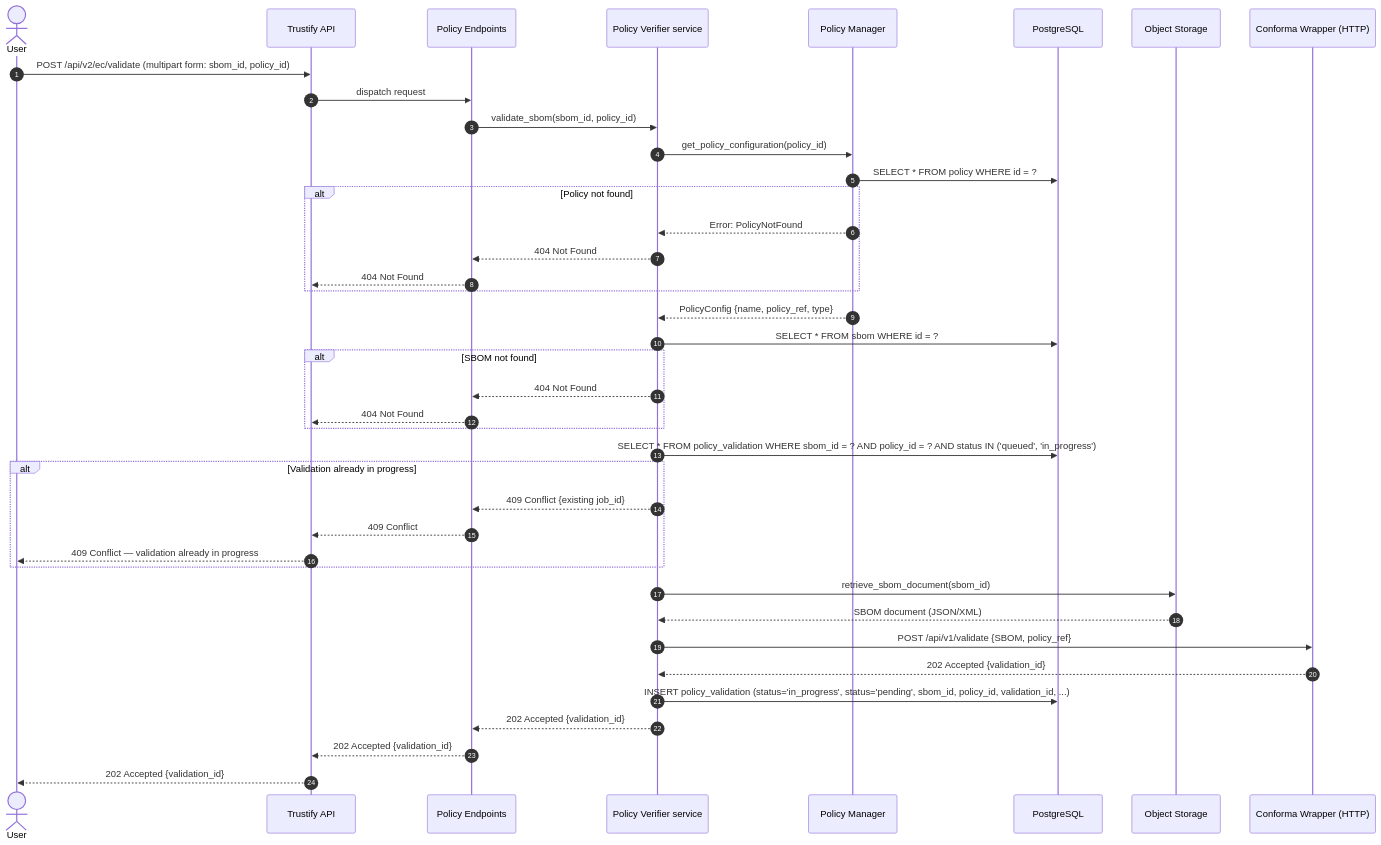
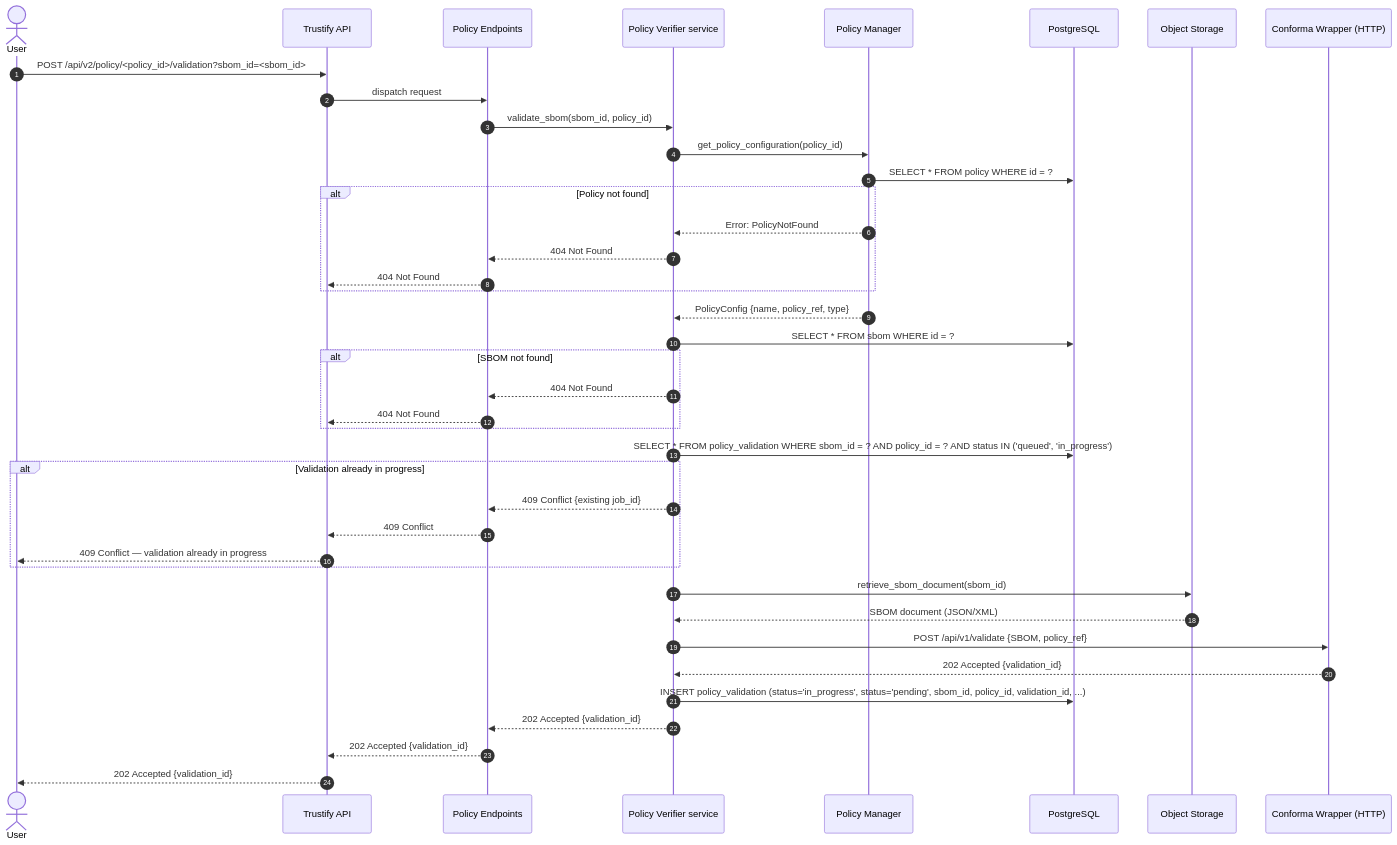
One commit to gildub/trustify changed the fifth of 6 diagrams in docs/adrs/00014-enterprise-contract-integration.md. Above: the diagram before and after it, drawn with Mermaid. The commit also changed other lines of this file, not shown here.

Commit message:
Validation is per policy id

````diff
--- a/docs/adrs/00014-enterprise-contract-integration.md
+++ b/docs/adrs/00014-enterprise-contract-integration.md
@@ -245,49 +245,49 @@
 ```mermaid
 sequenceDiagram
     autonumber
     actor User
     participant API as Trustify API
     participant EP as Policy Endpoints
     participant VS as Policy Verifier service
     participant PM as Policy Manager
     participant DB as PostgreSQL
     participant S3 as Object Storage
     participant Wrapper as Conforma Wrapper (HTTP)
 
-    User->>API: POST /api/v2/ec/validate (multipart form: sbom_id, policy_id)
+    User->>API: POST /api/v2/policy/<policy_id>/validation?sbom_id=<sbom_id>
     API->>EP: dispatch request
     EP->>VS: validate_sbom(sbom_id, policy_id)
 
     VS->>PM: get_policy_configuration(policy_id)
     PM->>DB: SELECT * FROM policy WHERE id = ?
     alt Policy not found
         PM-->>VS: Error: PolicyNotFound
         VS-->>EP: 404 Not Found
         EP-->>API: 404 Not Found
     end
     PM-->>VS: PolicyConfig {name, policy_ref, type}
 
     VS->>DB: SELECT * FROM sbom WHERE id = ?
     alt SBOM not found
         VS-->>EP: 404 Not Found
         EP-->>API: 404 Not Found
     end
 
     VS->>DB: SELECT * FROM policy_validation WHERE sbom_id = ? AND policy_id = ? AND status IN ('queued', 'in_progress')
     alt Validation already in progress
         VS-->>EP: 409 Conflict {existing job_id}
         EP-->>API: 409 Conflict
         API-->>User: 409 Conflict — validation already in progress
     end
 
     VS->>S3: retrieve_sbom_document(sbom_id)
     S3-->>VS: SBOM document (JSON/XML)
 
     VS->>Wrapper: POST /api/v1/validate {SBOM, policy_ref}
     Wrapper-->>VS: 202 Accepted {validation_id}
 
     VS->>DB: INSERT policy_validation (status='in_progress', status='pending', sbom_id, policy_id, validation_id, ...)
     VS-->>EP: 202 Accepted {validation_id}
     EP-->>API: 202 Accepted {validation_id}
     API-->>User: 202 Accepted {validation_id}
 ```
````
